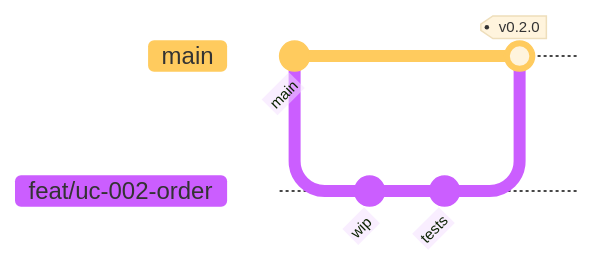
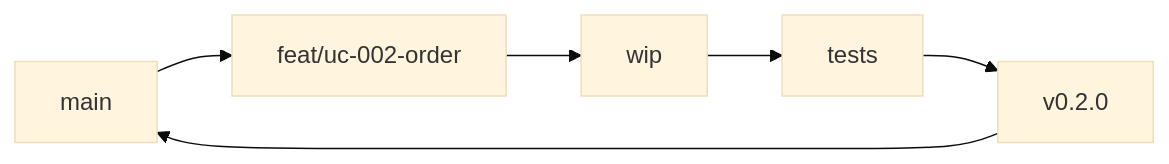
Before and after one commit to yskwon-wayforyou/sw-design-and-implementation-template: the first of 3 diagrams in docs/operations/OPS-001-github-cicd.md, drawn with Mermaid (base theme). The commit also changed 96 other files, not shown here.

First line of the commit message:
Add integrated architecture, implementation plan, and scenario HTML test reports.

````diff
--- a/docs/operations/OPS-001-github-cicd.md
+++ b/docs/operations/OPS-001-github-cicd.md
@@ -23,10 +23,13 @@
 ```mermaid
-gitGraph
-  commit id: "main"
-  branch feat/uc-002-order
-  checkout feat/uc-002-order
-  commit id: "wip"
-  commit id: "tests"
-  checkout main
-  merge feat/uc-002-order tag: "v0.2.0"
+flowchart LR
+  main["main"]
+  feat["feat/uc-002-order"]
+  wip["wip"]
+  tests["tests"]
+  tag["v0.2.0"]
+  main --> feat
+  feat --> wip
+  wip --> tests
+  tests --> tag
+  tag --> main
 ```
````
